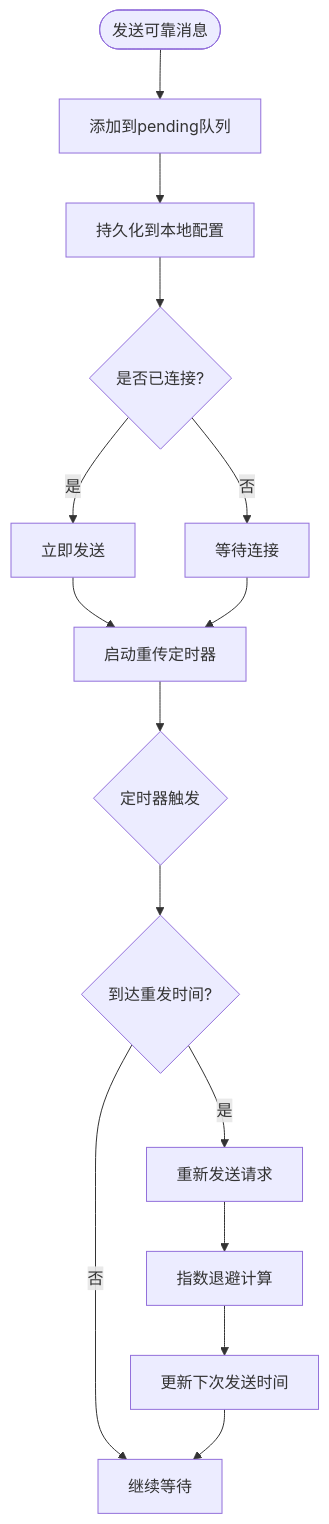
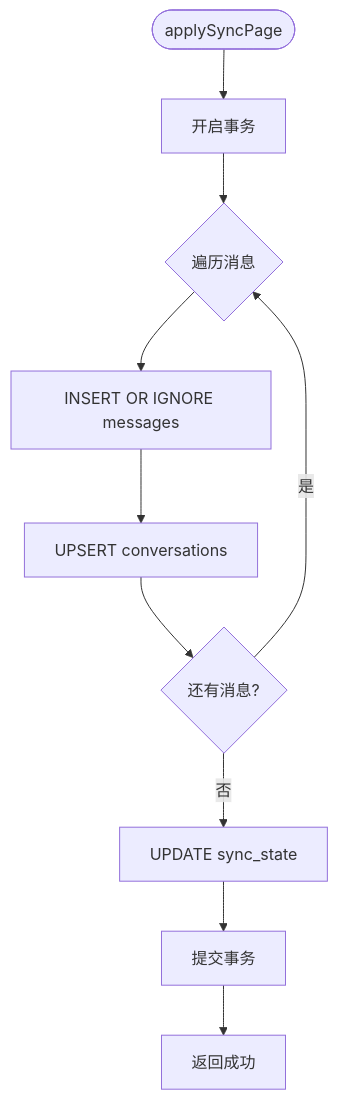
The sixth of 11 diagrams in .qoder/repowiki/zh/content/核心功能模块/聊天消息系统/离线消息投递系统.md (echo9923/mychatter), drawn with Mermaid before and after one commit. The commit also changed other lines of this file and 132 other files, not shown here.

````diff
--- a/.qoder/repowiki/zh/content/核心功能模块/聊天消息系统/离线消息投递系统.md
+++ b/.qoder/repowiki/zh/content/核心功能模块/聊天消息系统/离线消息投递系统.md
@@ -365,17 +304,12 @@
 ```mermaid
 flowchart TD
-Start(["发送可靠消息"]) --> AddPending["添加到pending队列"]
-AddPending --> Persist["持久化到本地配置"]
-Persist --> SendNow{"是否已连接?"}
-SendNow --> |是| ImmediateSend["立即发送"]
-SendNow --> |否| WaitConnect["等待连接"]
-ImmediateSend --> StartTimer["启动重传定时器"]
-WaitConnect --> StartTimer
-StartTimer --> TimerTick{"定时器触发"}
-TimerTick --> CheckTime{"到达重发时间?"}
-CheckTime --> |否| WaitMore["继续等待"]
-CheckTime --> |是| Retransmit["重新发送请求"]
-Retransmit --> Backoff["指数退避计算"]
-Backoff --> UpdateNext["更新下次发送时间"]
-UpdateNext --> WaitMore
+Start(["applySyncPage"]) --> BeginTx["开启事务"]
+BeginTx --> InsertMsgs{"遍历消息"}
+InsertMsgs --> InsertIgnore["INSERT OR IGNORE messages"]
+InsertIgnore --> UpsertConv["UPSERT conversations"]
+UpsertConv --> NextMsg{"还有消息?"}
+NextMsg --> |是| InsertMsgs
+NextMsg --> |否| UpdateSync["UPDATE sync_state"]
+UpdateSync --> Commit["提交事务"]
+Commit --> Success["返回成功"]
 ```
````
